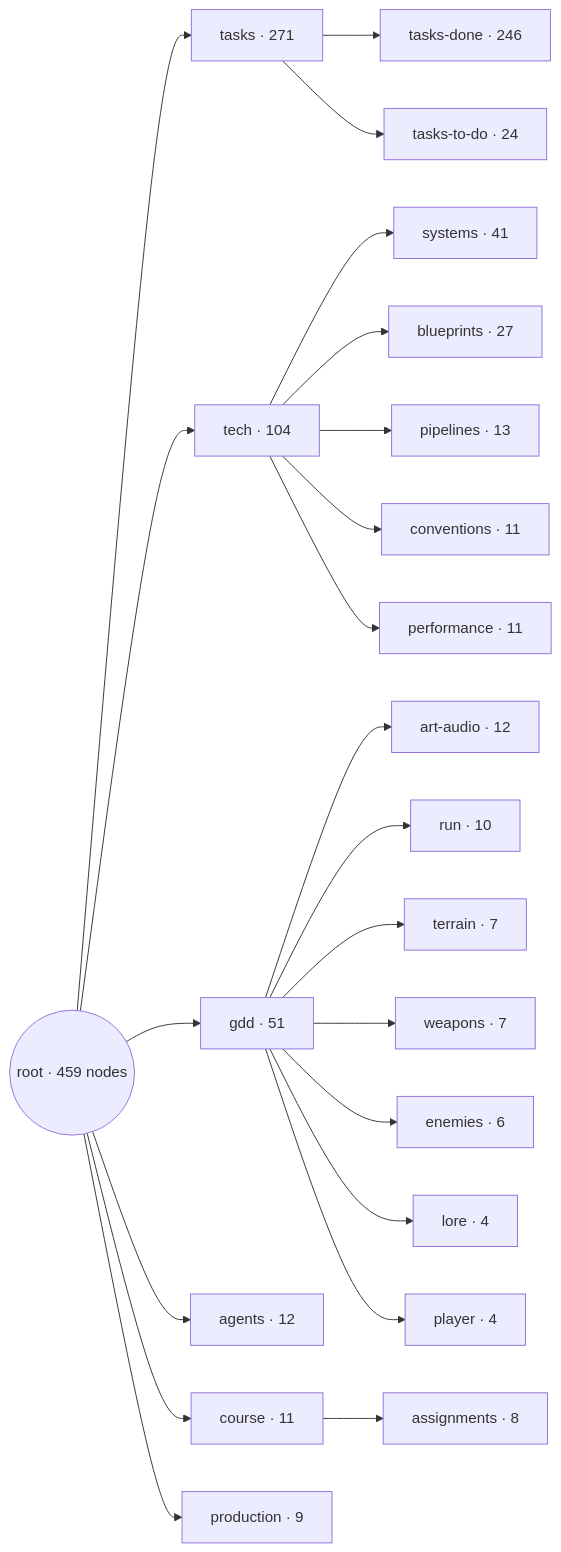
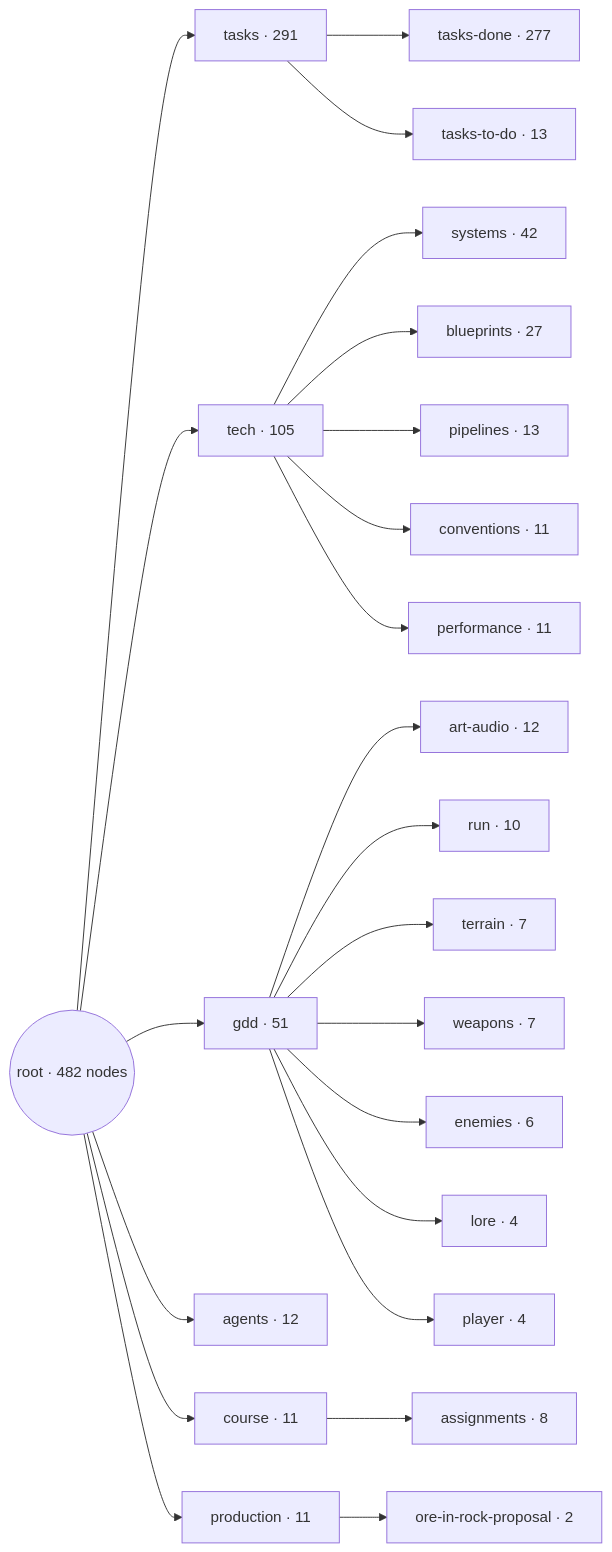
One commit to soumois/RogueRigs changed the first of 2 diagrams in README.md. Above: the diagram before and after it, drawn with Mermaid. The commit also changed other lines of this file and 2 other files, not shown here.

Commit message:
A4 README: summary at the top, condensed to the five criteria, scope ends at task 085, stale statuses fixed; game progress moved to game-progress.md; vault map refreshed
Claude-Session: https://claude.ai/code/session_01Bf6qcj19fED3nu2iQG16PG

````diff
--- a/README.md
+++ b/README.md
@@ -19,25 +19,26 @@
 ```mermaid
 flowchart LR
-  root(("root · 459 nodes"))
-  root --> tasks_index["tasks · 271"]
-  tasks_index --> tasks_done_index["tasks-done · 246"]
-  tasks_index --> tasks_to_do_index["tasks-to-do · 24"]
-  root --> tech_index["tech · 104"]
-  tech_index --> systems_index["systems · 41"]
+  root(("root · 482 nodes"))
+  root --> tasks_index["tasks · 291"]
+  tasks_index --> tasks_done_index["tasks-done · 277"]
+  tasks_index --> tasks_to_do_index["tasks-to-do · 13"]
+  root --> tech_index["tech · 105"]
+  tech_index --> systems_index["systems · 42"]
   tech_index --> blueprints_index["blueprints · 27"]
   tech_index --> pipelines_index["pipelines · 13"]
   tech_index --> conventions_index["conventions · 11"]
   tech_index --> performance_index["performance · 11"]
   root --> gdd_index["gdd · 51"]
   gdd_index --> art_audio_index["art-audio · 12"]
   gdd_index --> run_index["run · 10"]
   gdd_index --> terrain_index["terrain · 7"]
   gdd_index --> weapons_index["weapons · 7"]
   gdd_index --> enemies_index["enemies · 6"]
   gdd_index --> lore["lore · 4"]
   gdd_index --> player_index["player · 4"]
   root --> agents_index["agents · 12"]
   root --> course_index["course · 11"]
   course_index --> assignments_index["assignments · 8"]
-  root --> production_index["production · 9"]
+  root --> production_index["production · 11"]
+  production_index --> ore_in_rock_proposal["ore-in-rock-proposal · 2"]
 ```
````
